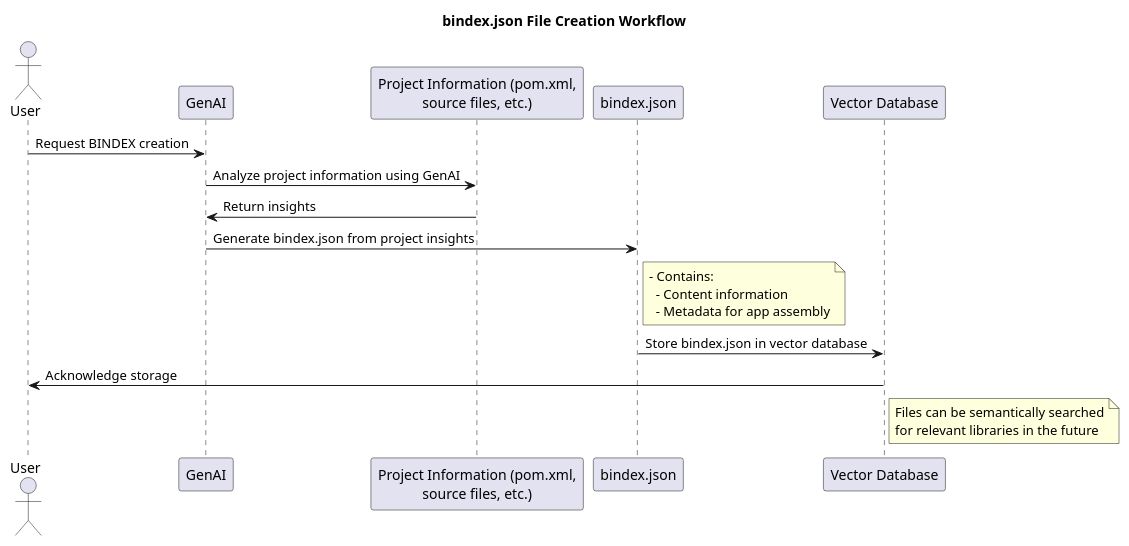
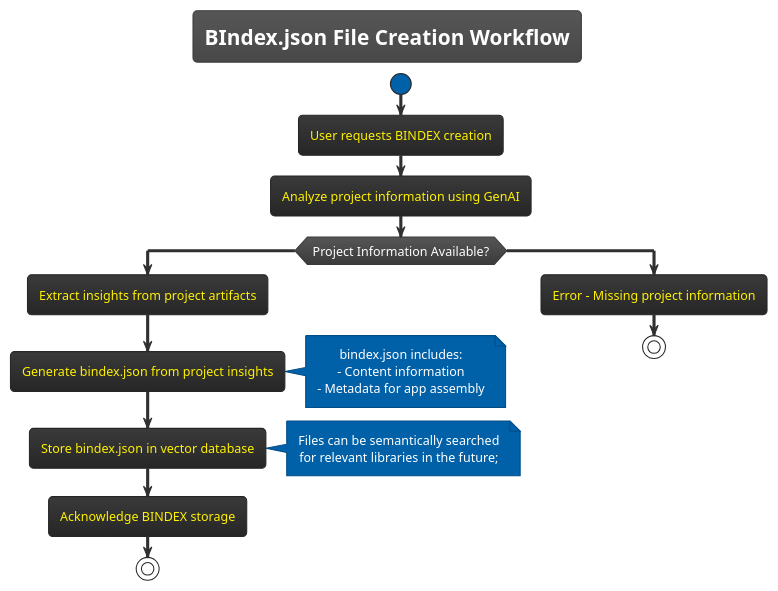
Before and after one commit to machanism-org/machai: the diagram in src/site/puml/bindex-creation-workflow.puml, drawn with PlantUML. The commit also changed 6 other files, not shown here.

```diff
--- a/src/site/puml/bindex-creation-workflow.puml
+++ b/src/site/puml/bindex-creation-workflow.puml
@@ -1,27 +1,21 @@
 @startuml
-title bindex.json File Creation Workflow
+!theme black-knight
+title BIndex.json File Creation Workflow
 
-actor User as U
-participant "GenAI" as G
-participant "Project Information (pom.xml,\nsource files, etc.)" as P
-participant "bindex.json" as B
-participant "Vector Database" as V
+start
+:User requests BINDEX creation;
 
-U -> G : Request BINDEX creation
-G -> P : Analyze project information using GenAI
-P -> G : Return insights
-
-G -> B : Generate bindex.json from project insights
-note right of B
-- Contains:
-  - Content information
-  - Metadata for app assembly
-end note
-
-B -> V : Store bindex.json in vector database
-V -> U : Acknowledge storage
-note right of V
-Files can be semantically searched
-for relevant libraries in the future
-end note
+:Analyze project information using GenAI;
+if (Project Information Available?) then (Yes)
+  :Extract insights from project artifacts;
+  :Generate bindex.json from project insights;
+  note right: bindex.json includes:\n- Content information\n- Metadata for app assembly
+  :Store bindex.json in vector database;
+  note right: Files can be semantically searched\nfor relevant libraries in the future;
+  :Acknowledge BINDEX storage;
+  stop
+else (No)
+  :Error - Missing project information;
+  stop
+endif
 @enduml
```
